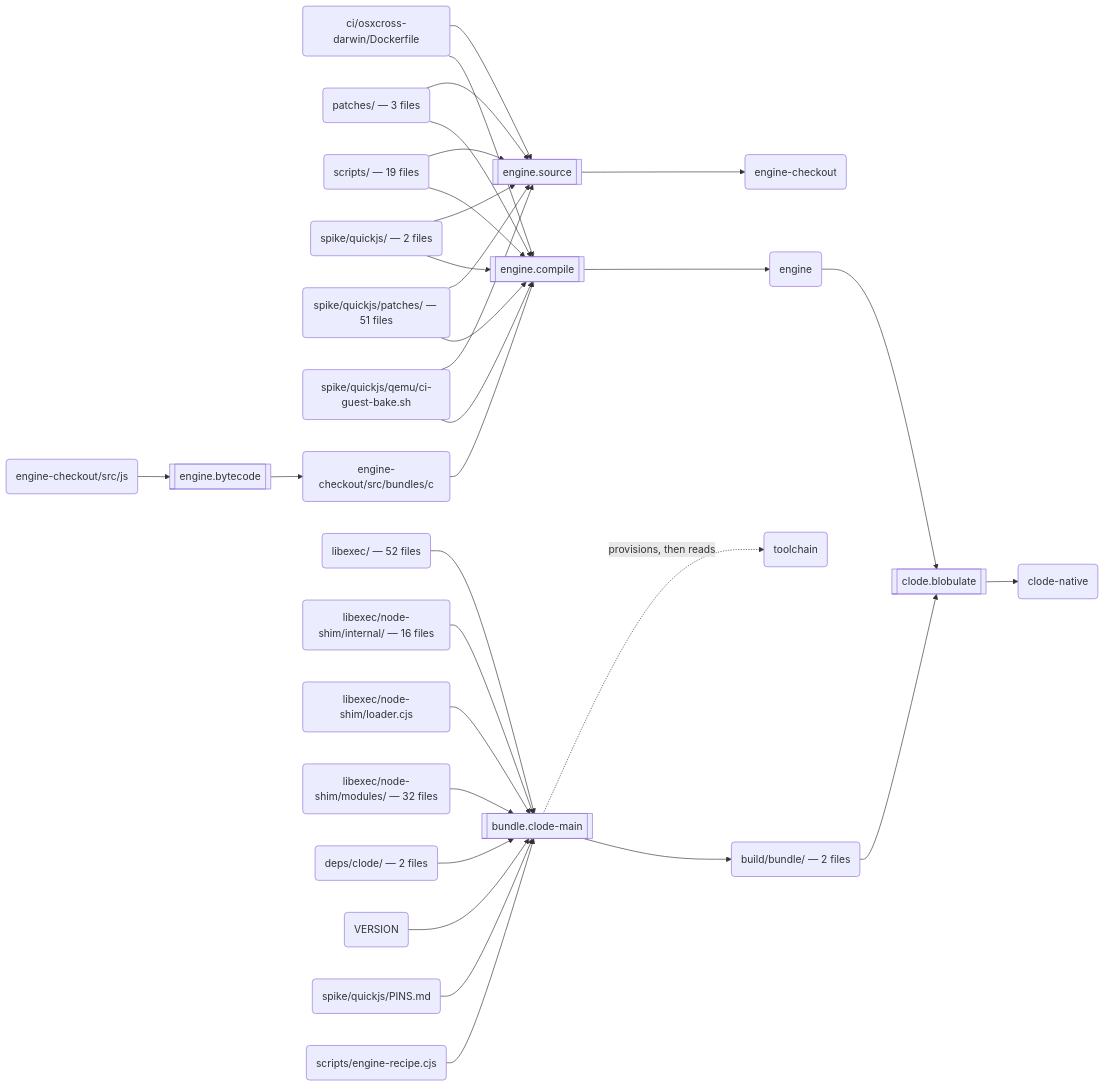
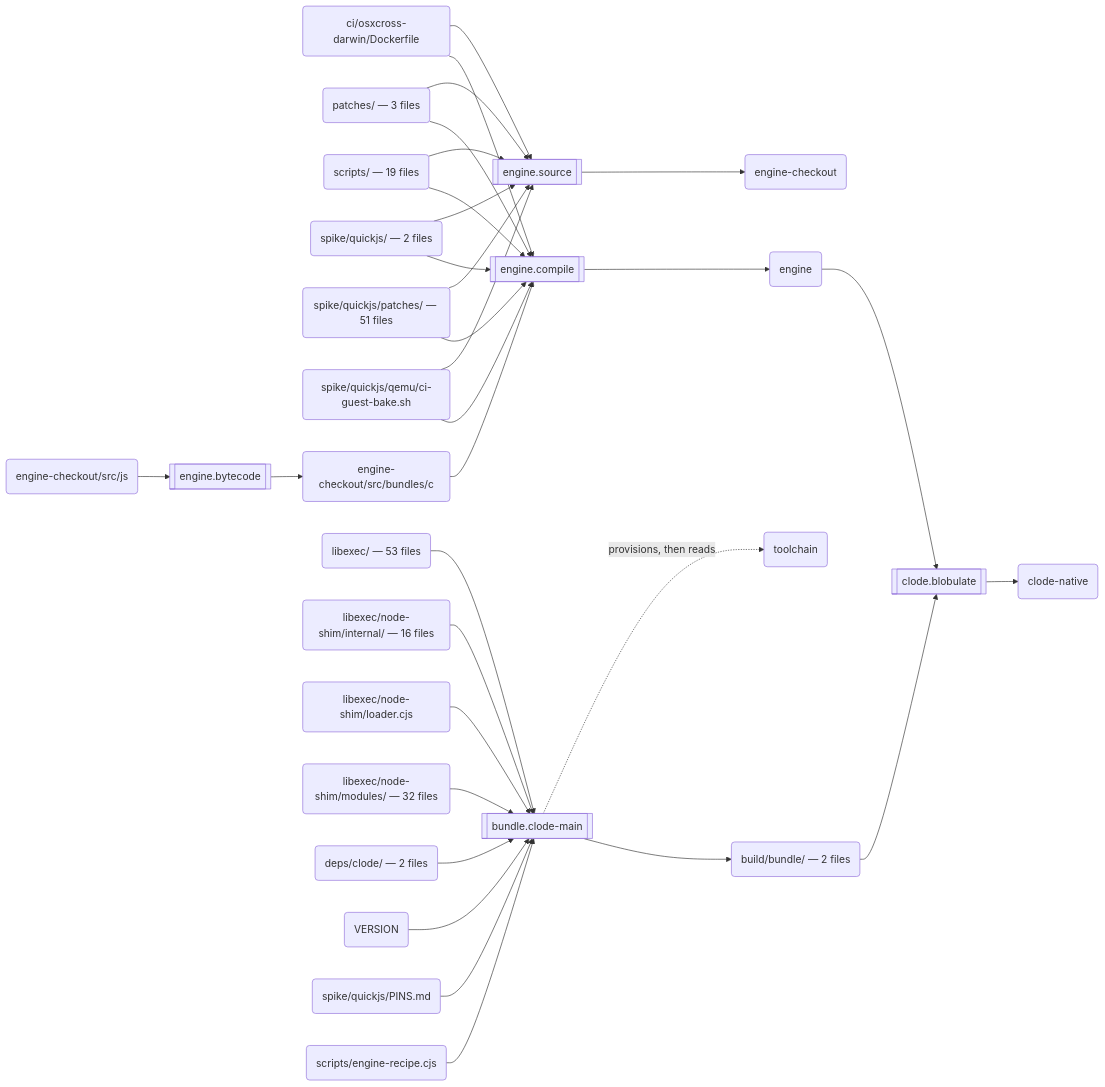
The second of 3 diagrams in docs/build.md (schmonz/clode), drawn with Mermaid before and after one commit. The commit also changed 33 other files, not shown here.

````diff
--- a/docs/build.md
+++ b/docs/build.md
@@ -123,59 +123,59 @@
 ```mermaid
 flowchart LR
   s0[["engine.source"]]
   a0("ci/osxcross-darwin/Dockerfile")
   a1("patches/ — 3 files")
   a2("scripts/ — 19 files")
   a3("spike/quickjs/ — 2 files")
   a4("spike/quickjs/patches/ — 51 files")
   a5("spike/quickjs/qemu/ci-guest-bake.sh")
   a6("engine-checkout")
   s1[["engine.bytecode"]]
   a7("engine-checkout/src/js")
   a8("engine-checkout/src/bundles/c")
   s2[["engine.compile"]]
   a9("engine")
   s3[["bundle.clode-main"]]
-  a10("libexec/ — 52 files")
+  a10("libexec/ — 53 files")
   a11("libexec/node-shim/internal/ — 16 files")
   a12("libexec/node-shim/loader.cjs")
   a13("libexec/node-shim/modules/ — 32 files")
   a14("deps/clode/ — 2 files")
   a15("VERSION")
   a16("spike/quickjs/PINS.md")
   a17("scripts/engine-recipe.cjs")
   a18("toolchain")
   a19("build/bundle/ — 2 files")
   s4[["clode.blobulate"]]
   a20("clode-native")
   a0 --> s0
   a1 --> s0
   a2 --> s0
   a3 --> s0
   a4 --> s0
   a5 --> s0
   s0 --> a6
   a7 --> s1
   s1 --> a8
   a8 --> s2
   a0 --> s2
   a1 --> s2
   a2 --> s2
   a3 --> s2
   a4 --> s2
   a5 --> s2
   s2 --> a9
   a10 --> s3
   a11 --> s3
   a12 --> s3
   a13 --> s3
   a14 --> s3
   a15 --> s3
   a16 --> s3
   a17 --> s3
   s3 -.->|"provisions, then reads"| a18
   s3 --> a19
   a9 --> s4
   a19 --> s4
   s4 --> a20
 ```
````
